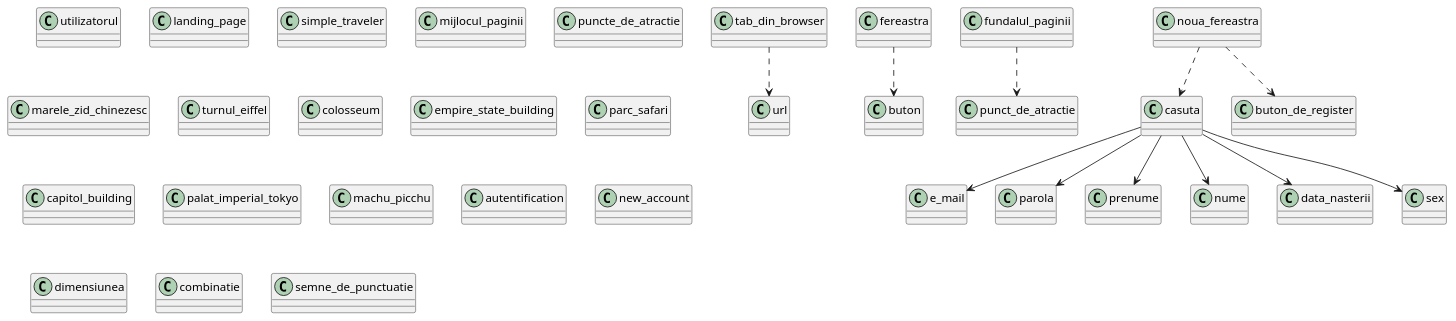
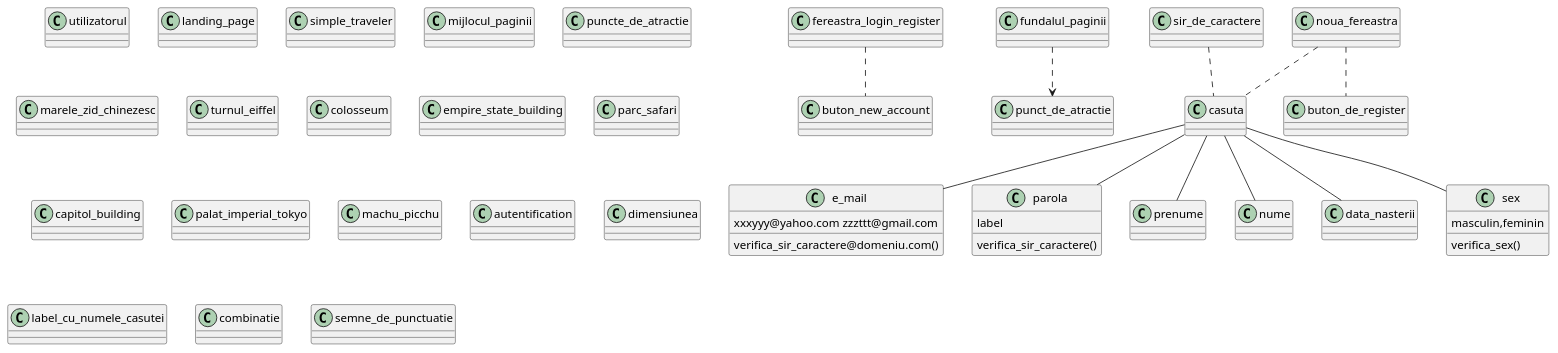
The diagram in class simple traveler.puml (Masterblaster1985/Masterblaster1985), drawn with PlantUML before and after one commit.

Commit message:
simple_traveler4

```diff
--- a/class simple traveler.puml
+++ b/class simple traveler.puml
@@ -1,45 +1,54 @@
 @startuml
 class utilizatorul {}
-class url {}
-class tab_din_browser {}
 class landing_page {}
-tab_din_browser..>url
 class simple_traveler {}
-class fereastra {}
-class buton {}
+class fereastra_login_register {}
 class mijlocul_paginii {}
 class fundalul_paginii {}
 class puncte_de_atractie {}
 class marele_zid_chinezesc {}
 class turnul_eiffel {}
 class colosseum {}
 class empire_state_building {}
 class parc_safari {}
 class capitol_building {}
 class palat_imperial_tokyo {}
 class machu_picchu {}
 class autentification {}
-class new_account {}
+class buton_new_account {}
 class dimensiunea {}
-fereastra..>buton
+fereastra_login_register..buton_new_account
 fundalul_paginii..>punct_de_atractie
+class label_cu_numele_casutei
+class sir_de_caractere
 class noua_fereastra {}
 class casuta {}
 class buton_de_register {}
-class e_mail {}
-class parola {}
+class e_mail {
+xxxyyy@yahoo.com zzzttt@gmail.com
+verifica_sir_caractere@domeniu.com()
+
+}
+class parola {
+label
+verifica_sir_caractere()
+}
 class prenume {}
 class nume {}
 class data_nasterii {}
-class sex {}
+class sex {
+masculin,feminin
+verifica_sex()
+}
 class combinatie {}
 class semne_de_punctuatie {}
-noua_fereastra..>casuta
-noua_fereastra..>buton_de_register
-casuta-->e_mail
-casuta-->parola
-casuta-->prenume
-casuta-->nume
-casuta-->data_nasterii
-casuta-->sex
+sir_de_caractere..casuta
+noua_fereastra..casuta
+noua_fereastra..buton_de_register
+casuta -- e_mail
+casuta -- parola
+casuta -- prenume
+casuta -- nume
+casuta -- data_nasterii
+casuta -- sex
 @enduml
```
